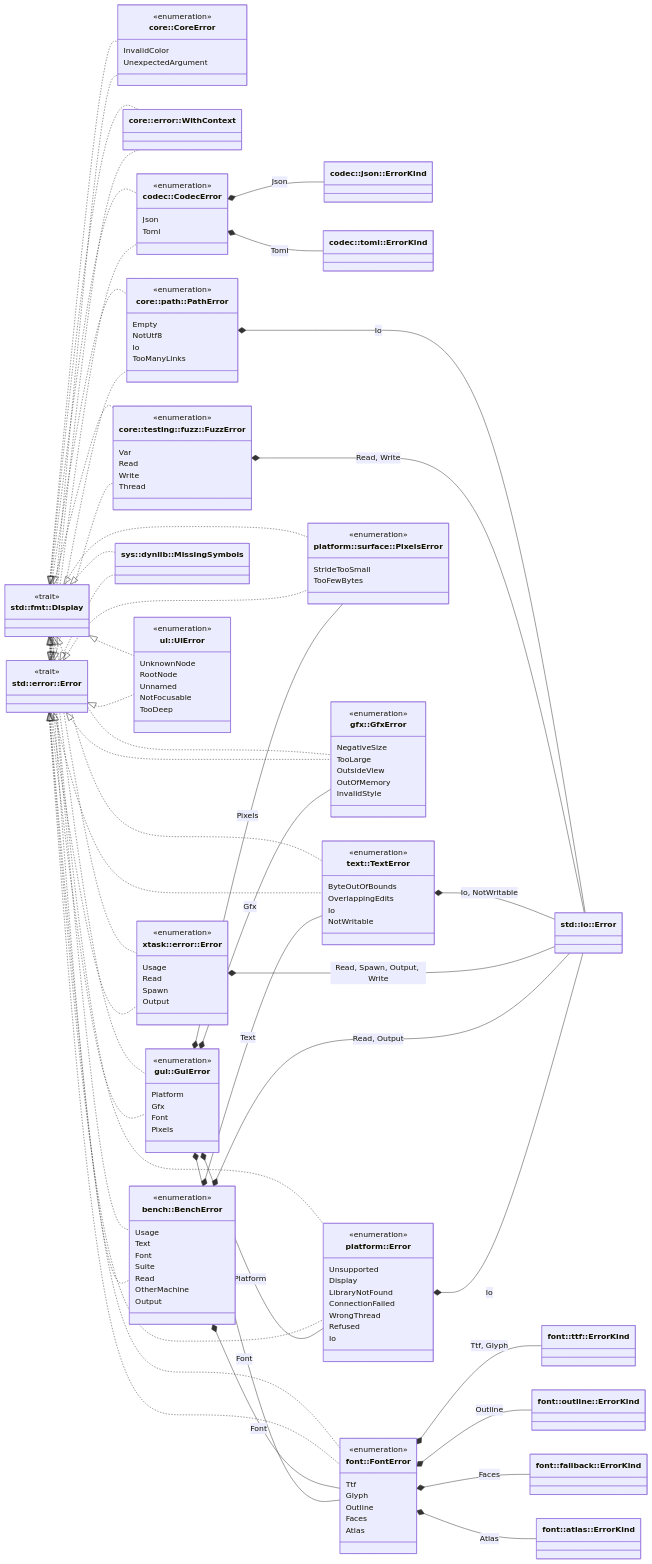
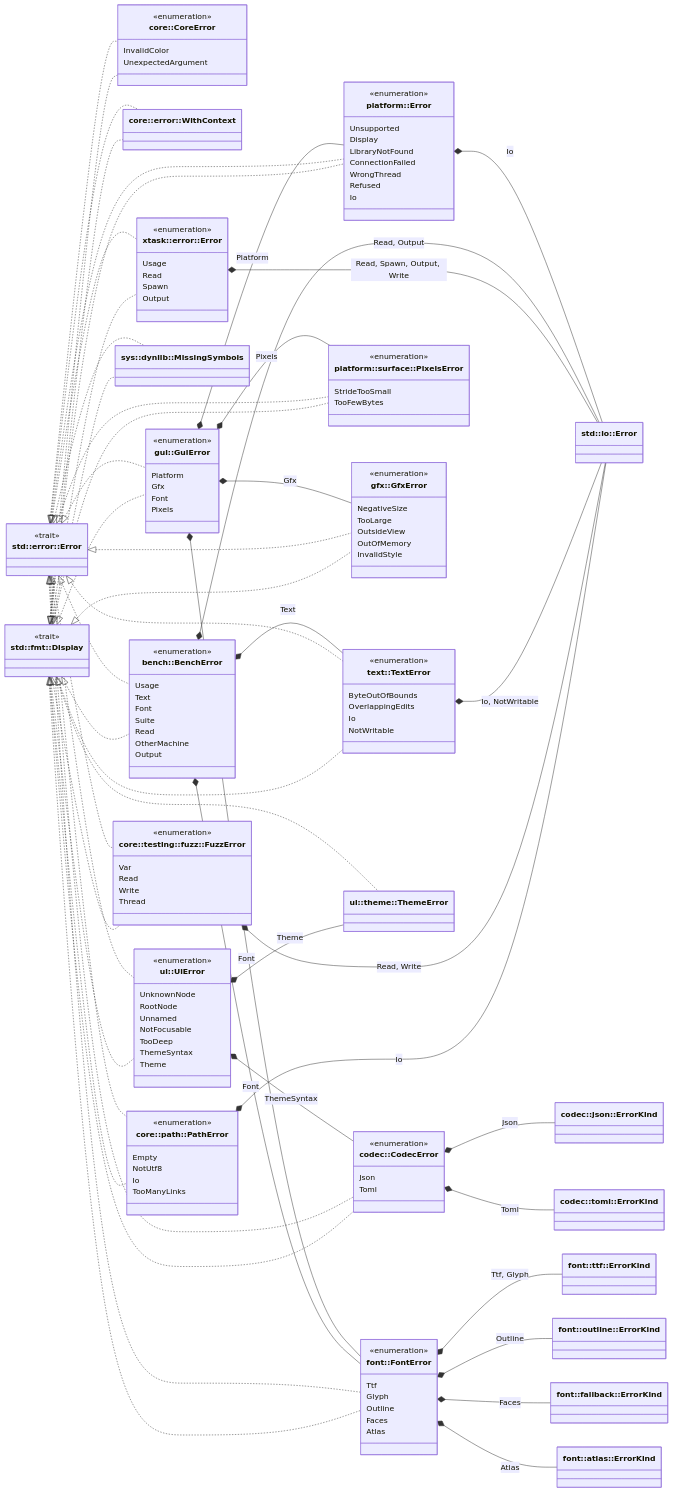
One commit to jabbott-iii/Tidepool changed diagram 45 of 45 in diagrams/class-diagrams.md. Above: the diagram before and after it, drawn with Mermaid. The commit also changed other lines of this file and 50 other files, not shown here.

````diff
--- a/diagrams/class-diagrams.md
+++ b/diagrams/class-diagrams.md
@@ -3978,7 +4164,10 @@
         Unnamed
         NotFocusable
         TooDeep
+        ThemeSyntax
+        Theme
     }
+    class ThemeError["ui::theme::ThemeError"]
     class TtfErrorKind["font::ttf::ErrorKind"]
     class OutlineErrorKind["font::outline::ErrorKind"]
     class FacesErrorKind["font::fallback::ErrorKind"]
@@ -4041,4 +4230,7 @@
     GuiError *-- FontError : Font
     Display <|.. UiError
     StdError <|.. UiError
+    UiError *-- CodecError : ThemeSyntax
+    UiError *-- ThemeError : Theme
+    Display <|.. ThemeError
 ```
````
